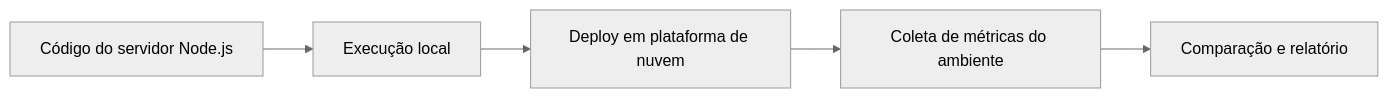
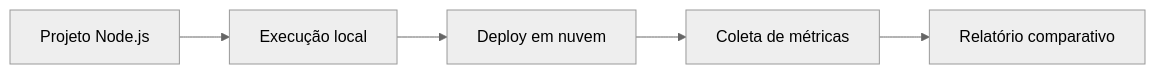
Before and after one commit to theroven79-droid/SISTEMAS-OPERACIONAIS: the diagram in Aula-7/README.md, drawn with Mermaid (neutral theme). The commit also changed other lines of this file, not shown here.

````diff
--- a/Aula-7/README.md
+++ b/Aula-7/README.md
@@ -90,7 +20,7 @@
 ```mermaid
 flowchart LR
-    A["Código do servidor Node.js"] --> B["Execução local"]
-    B --> C["Deploy em plataforma de nuvem"]
-    C --> D["Coleta de métricas do ambiente"]
-    D --> E["Comparação e relatório"]
+    A[Projeto Node.js] --> B[Execução local]
+    B --> C[Deploy em nuvem]
+    C --> D[Coleta de métricas]
+    D --> E[Relatório comparativo]
 ```
````
